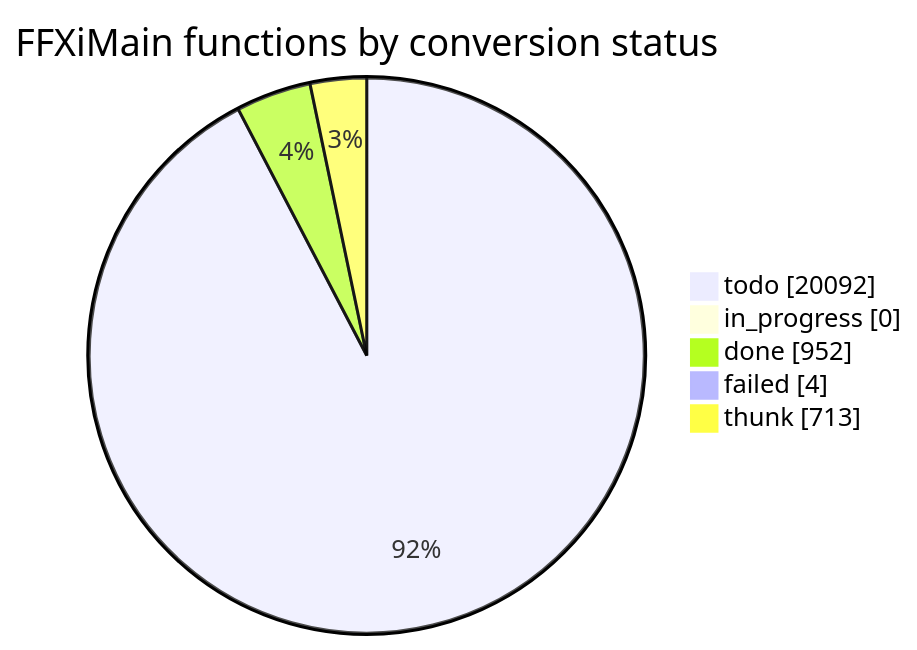
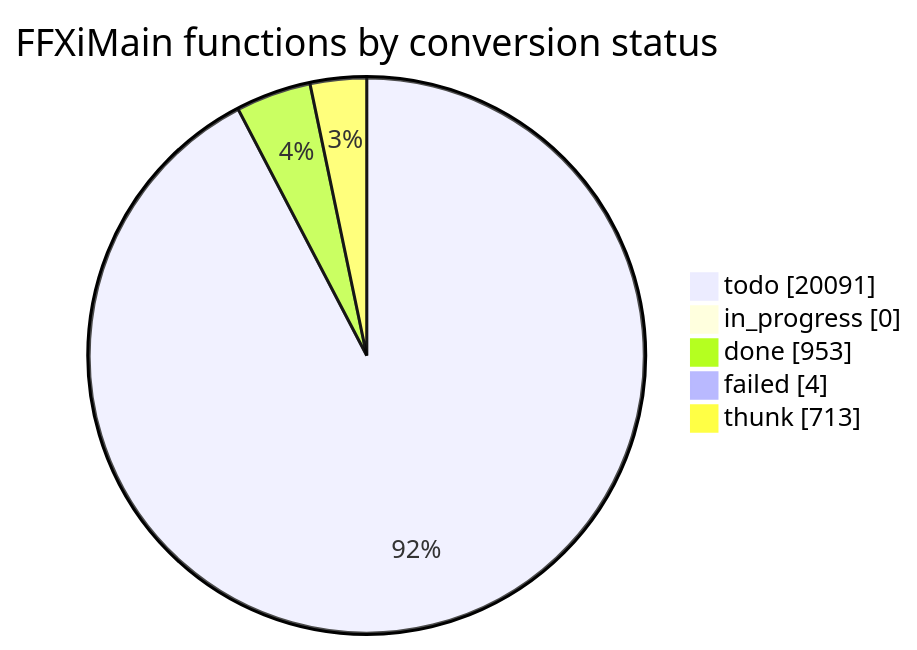
One commit to cowrevenge/cow_kuluu_xi_anything changed the diagram in docs/cow/STATUS.md. Above: the diagram before and after it, drawn with Mermaid. The commit also changed other lines of this file and 14 other files, not shown here.

````diff
--- a/docs/cow/STATUS.md
+++ b/docs/cow/STATUS.md
@@ -18,9 +18,9 @@
 ```mermaid
 pie showData
     title FFXiMain functions by conversion status
-    "todo" : 20092
+    "todo" : 20091
     "in_progress" : 0
-    "done" : 952
+    "done" : 953
     "failed" : 4
     "thunk" : 713
 ```
````
